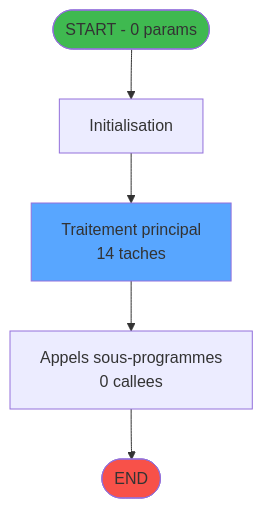
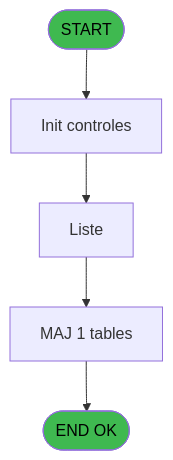
The second of 4 diagrams in .openspec/specs/ADH-IDE-86.md (thonyAGP/magic-migration), drawn with Mermaid before and after one commit. The commit also changed other lines of this file and 253 other files, not shown here.

````diff
--- a/.openspec/specs/ADH-IDE-86.md
+++ b/.openspec/specs/ADH-IDE-86.md
@@ -84,14 +1209,14 @@
 ```mermaid
 flowchart TD
-    START([START - 0 params])
-    INIT["Initialisation"]
-    PROCESS["Traitement principal<br/>14 taches"]
-    CALLS["Appels sous-programmes<br/>0 callees"]
-    ENDOK([END])
+    START([START])
+    INIT[Init controles]
+    SAISIE[Liste]
+    UPDATE[MAJ 1 tables]
+    ENDOK([END OK])
 
-    START --> INIT --> PROCESS --> CALLS --> ENDOK
+    START --> INIT --> SAISIE
+    SAISIE --> UPDATE --> ENDOK
 
-    style START fill:#3fb950
-    style ENDOK fill:#f85149
-    style PROCESS fill:#58a6ff
+    style START fill:#3fb950,color:#000
+    style ENDOK fill:#3fb950,color:#000
 ```
````
